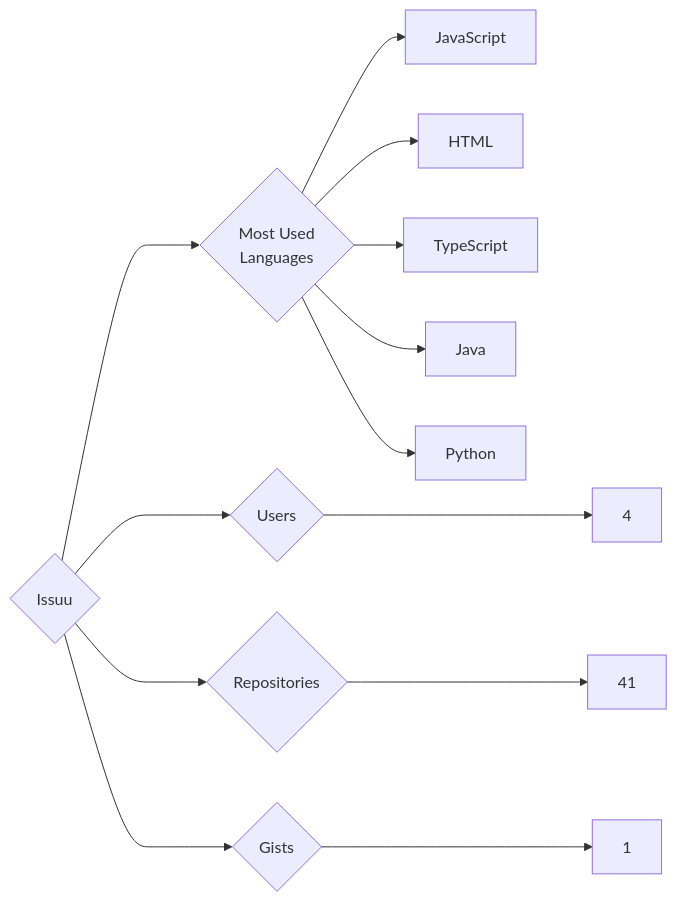
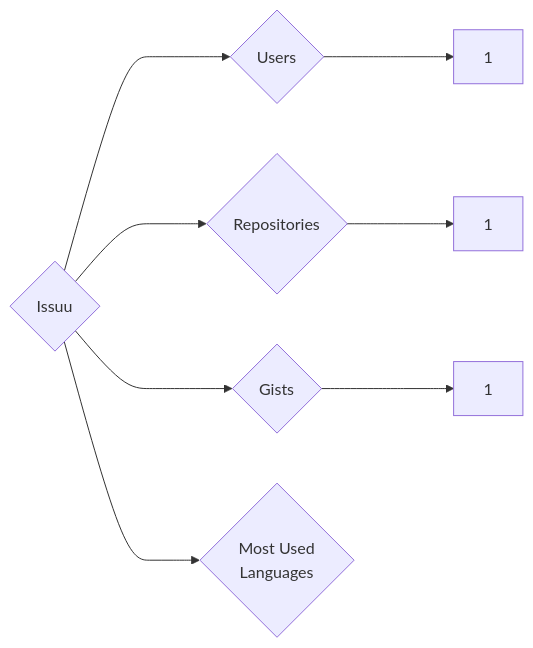
The diagram in targets/Issuu/README.md (trickest/insiders), drawn with Mermaid before and after one commit. The commit also changed 815 other files, not shown here.

````diff
--- a/targets/Issuu/README.md
+++ b/targets/Issuu/README.md
@@ -3,13 +3,8 @@
 ```mermaid
 graph LR
 COMPANY_NAME{Issuu}
-COMPANY_NAME ---> U{Users} ---> UN[4]
-COMPANY_NAME ---> R{Repositories} ---> RN[41]
+COMPANY_NAME ---> U{Users} ---> UN[1]
+COMPANY_NAME ---> R{Repositories} ---> RN[1]
 COMPANY_NAME ---> G{Gists} ---> GN[1]
 COMPANY_NAME ---> ML{Most Used<br>Languages}
-ML --> JavaScript[JavaScript]
-ML --> HTML[HTML]
-ML --> TypeScript[TypeScript]
-ML --> Java[Java]
-ML --> Python[Python]
 ```
````
